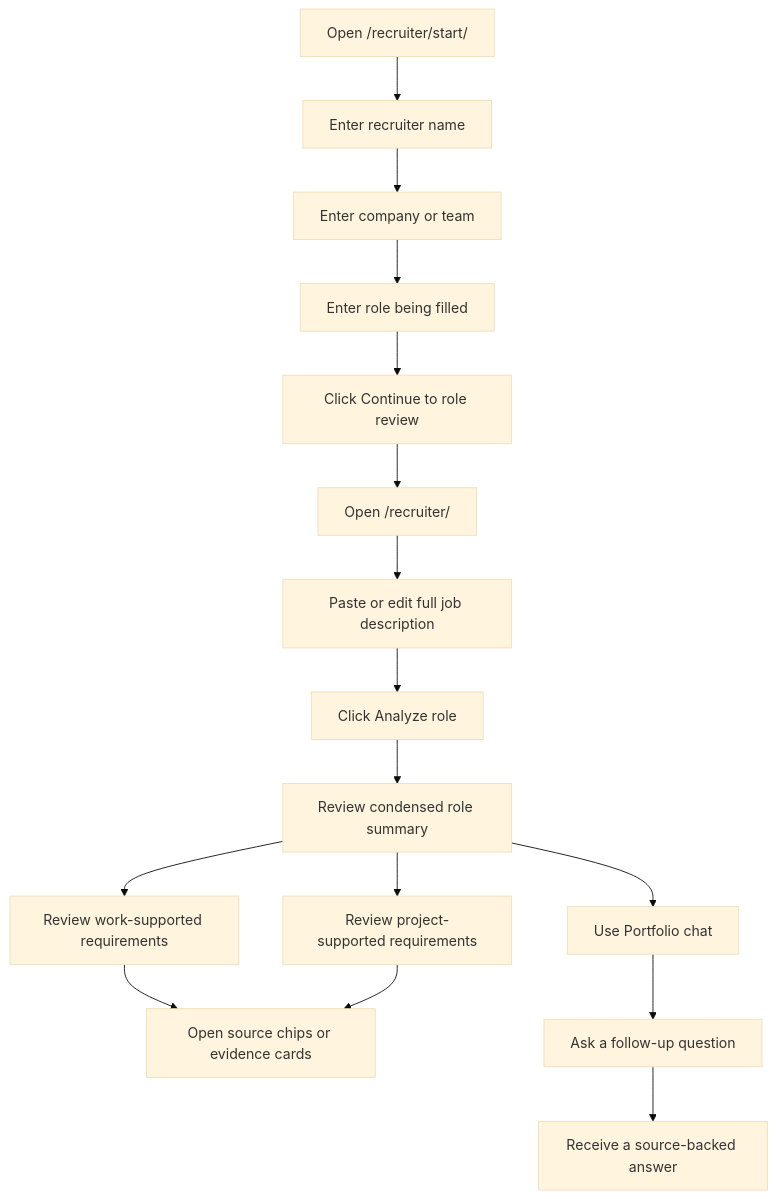
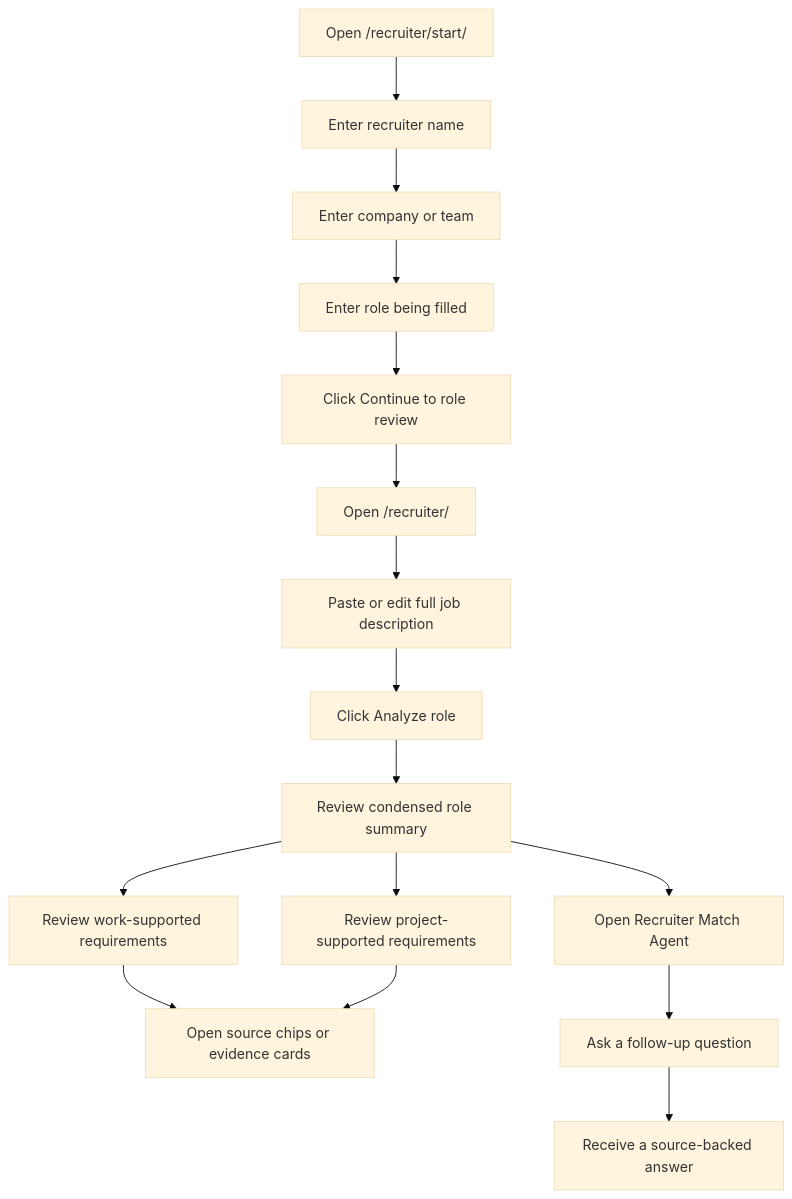
One commit to burtonmakes/burtonmakes.github.io changed the second of 4 diagrams in docs/RECRUITER_ASSISTANT_WORKFLOW.md. Above: the diagram before and after it, drawn with Mermaid (base theme). The commit also changed other lines of this file and 2 other files, not shown here.

Commit message:
feat(recruiter): simplify evidence cards and workflow docs

````diff
--- a/docs/RECRUITER_ASSISTANT_WORKFLOW.md
+++ b/docs/RECRUITER_ASSISTANT_WORKFLOW.md
@@ -7,18 +52,18 @@
 ```mermaid
 flowchart TD
     A[Open /recruiter/start/] --> B[Enter recruiter name]
     B --> C[Enter company or team]
     C --> D[Enter role being filled]
     D --> E[Click Continue to role review]
     E --> F[Open /recruiter/]
     F --> G[Paste or edit full job description]
     G --> H[Click Analyze role]
     H --> I[Review condensed role summary]
     I --> J[Review work-supported requirements]
     I --> K[Review project-supported requirements]
     J --> L[Open source chips or evidence cards]
     K --> L
-    I --> M[Use Portfolio chat]
+    I --> M[Open Recruiter Match Agent]
     M --> N[Ask a follow-up question]
     N --> O[Receive a source-backed answer]
 ```
````
